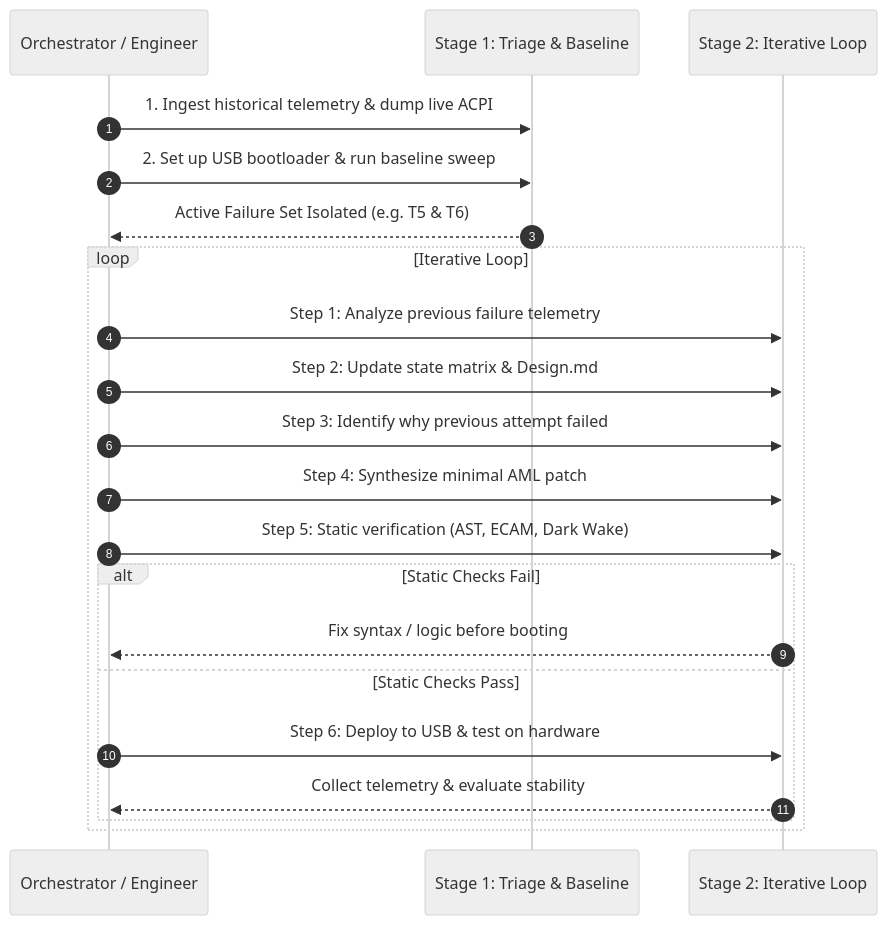
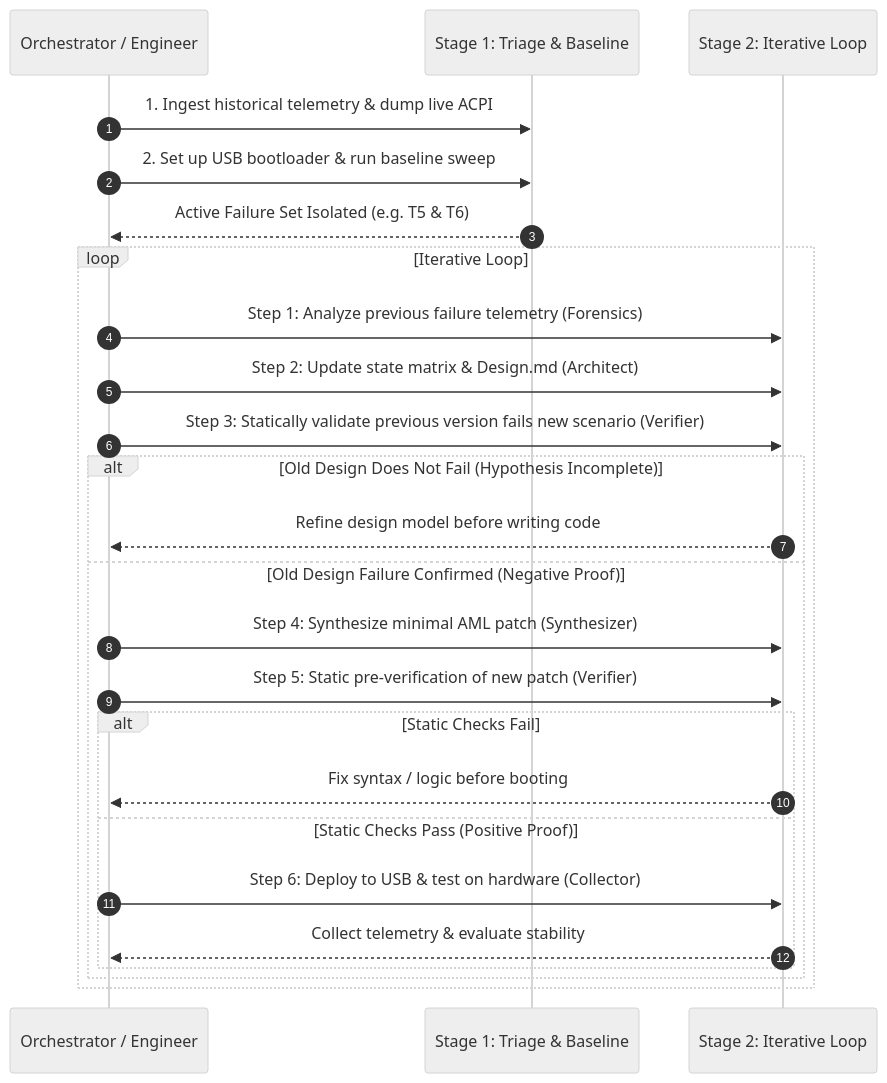
The second of 2 diagrams in DeepSleepInvestigateSkill/SKILL.md (datacompboy/xmg_deep_sleep), drawn with Mermaid (neutral theme) before and after one commit. The commit also changed other lines of this file and 4 other files, not shown here.

Commit message:
Add auto-re-validate previous static testing after design update.

````diff
--- a/DeepSleepInvestigateSkill/SKILL.md
+++ b/DeepSleepInvestigateSkill/SKILL.md
@@ -98,25 +98,29 @@
 ```mermaid
 sequenceDiagram
     autonumber
     participant Lead as Orchestrator / Engineer
     participant Stage1 as Stage 1: Triage & Baseline
     participant Stage2 as Stage 2: Iterative Loop
 
     Lead->>Stage1: 1. Ingest historical telemetry & dump live ACPI
     Lead->>Stage1: 2. Set up USB bootloader & run baseline sweep
     Stage1-->>Lead: Active Failure Set Isolated (e.g. T5 & T6)
 
     loop Iterative Loop
-        Lead->>Stage2: Step 1: Analyze previous failure telemetry
-        Lead->>Stage2: Step 2: Update state matrix & Design.md
-        Lead->>Stage2: Step 3: Identify why previous attempt failed
-        Lead->>Stage2: Step 4: Synthesize minimal AML patch
-        Lead->>Stage2: Step 5: Static verification (AST, ECAM, Dark Wake)
-        alt Static Checks Fail
-            Stage2-->>Lead: Fix syntax / logic before booting
-        else Static Checks Pass
-            Lead->>Stage2: Step 6: Deploy to USB & test on hardware
-            Stage2-->>Lead: Collect telemetry & evaluate stability
+        Lead->>Stage2: Step 1: Analyze previous failure telemetry (Forensics)
+        Lead->>Stage2: Step 2: Update state matrix & Design.md (Architect)
+        Lead->>Stage2: Step 3: Statically validate previous version fails new scenario (Verifier)
+        alt Old Design Does Not Fail (Hypothesis Incomplete)
+            Stage2-->>Lead: Refine design model before writing code
+        else Old Design Failure Confirmed (Negative Proof)
+            Lead->>Stage2: Step 4: Synthesize minimal AML patch (Synthesizer)
+            Lead->>Stage2: Step 5: Static pre-verification of new patch (Verifier)
+            alt Static Checks Fail
+                Stage2-->>Lead: Fix syntax / logic before booting
+            else Static Checks Pass (Positive Proof)
+                Lead->>Stage2: Step 6: Deploy to USB & test on hardware (Collector)
+                Stage2-->>Lead: Collect telemetry & evaluate stability
+            end
         end
     end
 ```
````
